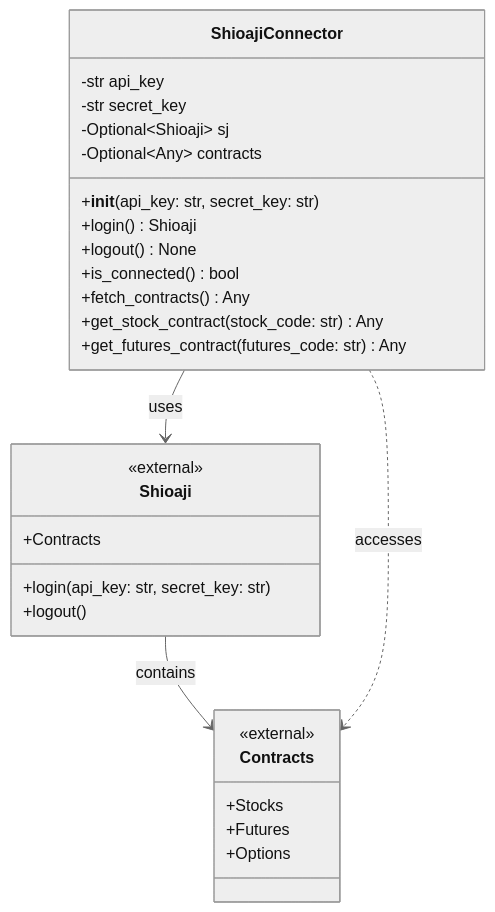
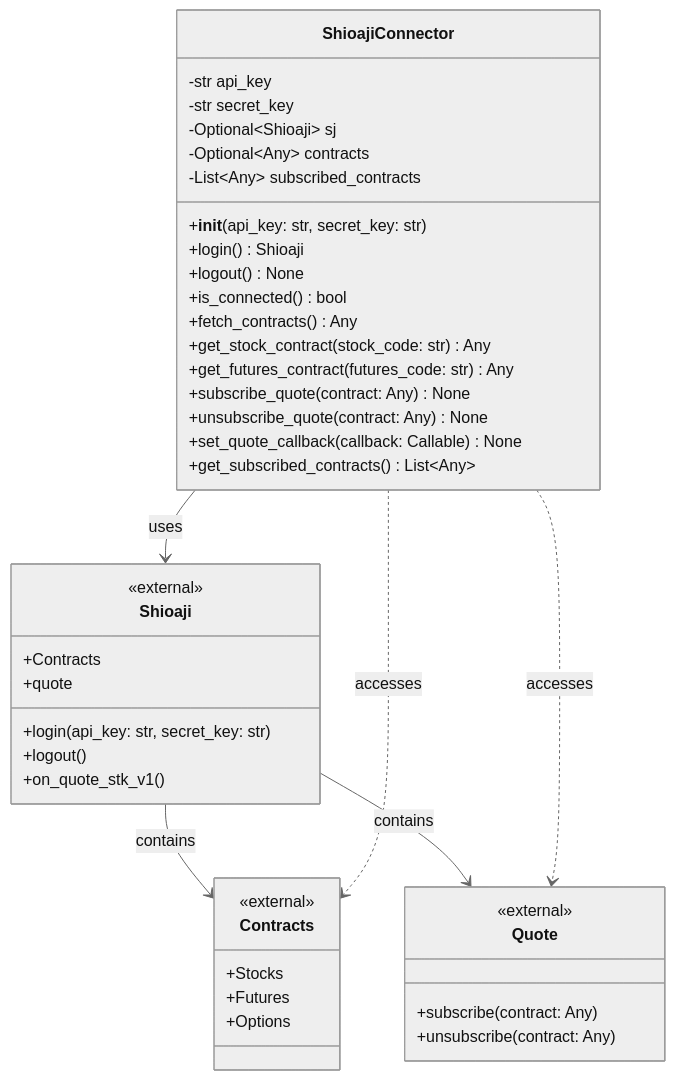
One commit to wu02067602/sample-trading changed the diagram in 類別圖.md. Above: the diagram before and after it, drawn with Mermaid (neutral theme). The commit also changed other lines of this file and 1 other file, not shown here.

Commit message:
Add quote subscription and callback functionality

````diff
--- a/類別圖.md
+++ b/類別圖.md
@@ -7,34 +7,49 @@
 ```mermaid
 classDiagram
     class ShioajiConnector {
         -str api_key
         -str secret_key
         -Optional~Shioaji~ sj
         -Optional~Any~ contracts
+        -List~Any~ subscribed_contracts
         +__init__(api_key: str, secret_key: str)
         +login() Shioaji
         +logout() None
         +is_connected() bool
         +fetch_contracts() Any
         +get_stock_contract(stock_code: str) Any
         +get_futures_contract(futures_code: str) Any
+        +subscribe_quote(contract: Any) None
+        +unsubscribe_quote(contract: Any) None
+        +set_quote_callback(callback: Callable) None
+        +get_subscribed_contracts() List~Any~
     }
     
     class Shioaji {
         <<external>>
         +login(api_key: str, secret_key: str)
         +logout()
         +Contracts
+        +quote
+        +on_quote_stk_v1()
+    }
+    
+    class Quote {
+        <<external>>
+        +subscribe(contract: Any)
+        +unsubscribe(contract: Any)
     }
     
     class Contracts {
         <<external>>
         +Stocks
         +Futures
         +Options
     }
     
     ShioajiConnector --> Shioaji : uses
     Shioaji --> Contracts : contains
+    Shioaji --> Quote : contains
     ShioajiConnector ..> Contracts : accesses
+    ShioajiConnector ..> Quote : accesses
 ```
````
